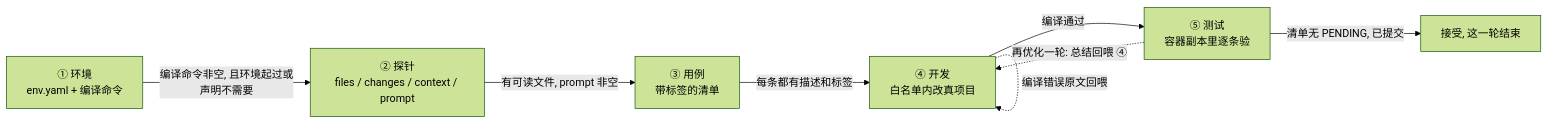
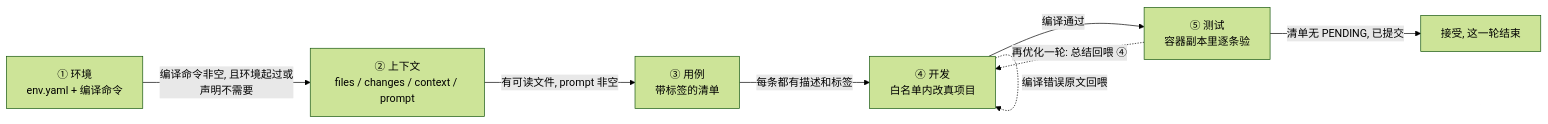
The first of 2 diagrams in README.md (usergod121/specflow-ai), drawn with Mermaid (forest theme) before and after one commit. The commit also changed other lines of this file, not shown here.

````diff
--- a/README.md
+++ b/README.md
@@ -12,10 +39,10 @@
 ```mermaid
 flowchart LR
-    env["① 环境<br/>env.yaml + 编译命令"] -->|编译命令非空, 且环境起过或声明不需要| probe["② 探针<br/>files / changes / context / prompt"]
+    env["① 环境<br/>env.yaml + 编译命令"] -->|编译命令非空, 且环境起过或声明不需要| probe["② 上下文<br/>files / changes / context / prompt"]
     probe -->|有可读文件, prompt 非空| cases["③ 用例<br/>带标签的清单"]
     cases -->|每条都有描述和标签| dev["④ 开发<br/>白名单内改真项目"]
     dev -->|编译通过| test["⑤ 测试<br/>容器副本里逐条验"]
     test -->|清单无 PENDING, 已提交| accept["接受, 这一轮结束"]
     dev -.->|编译错误原文回喂| dev
     test -.->|再优化一轮: 总结回喂 ④| dev
 ```
````
